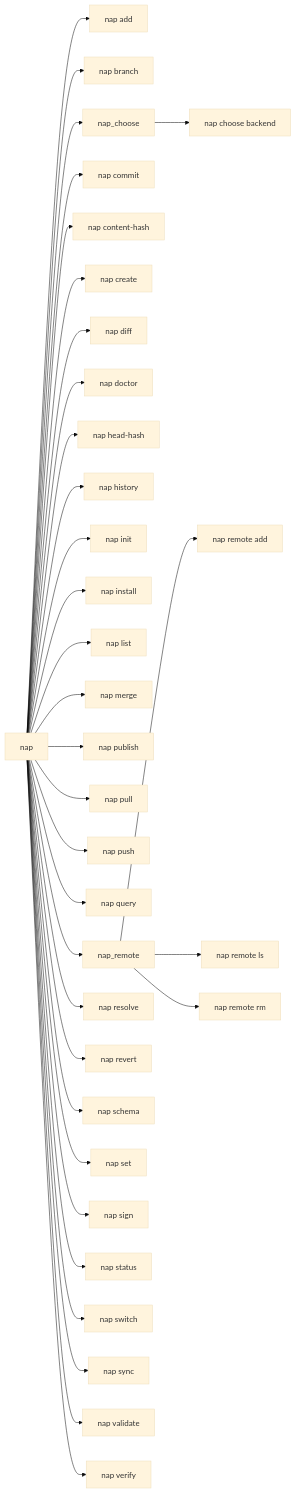
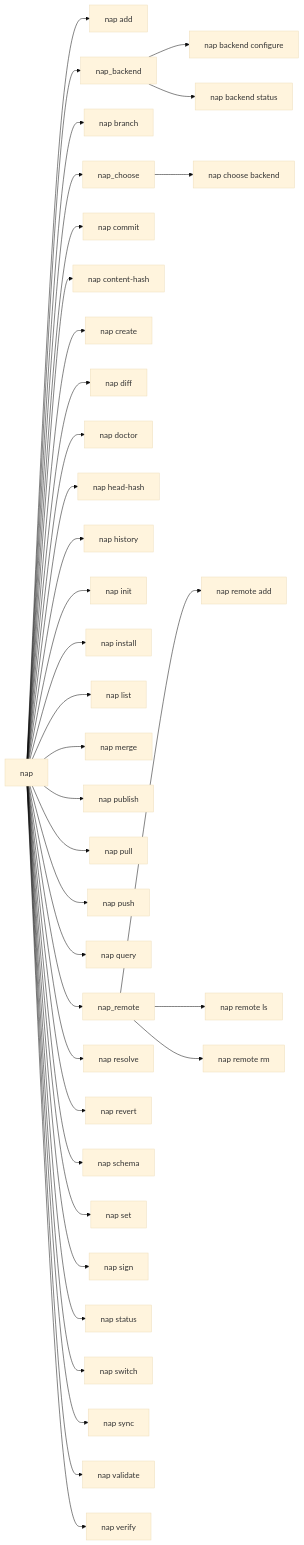
Before and after one commit to portalshq/narrativeengine: the diagram in docs/generated/commands.mermaid, drawn with Mermaid (base theme). The commit also changed 24 other files, not shown here.

Commit message:
Implement optional version-control backend and 'nap backend' configuration

```diff
--- a/docs/generated/commands.mermaid
+++ b/docs/generated/commands.mermaid
@@ -1,34 +1,37 @@
 graph LR
     nap["nap"] --> nap_add["nap add"]
+    nap["nap"] --> nap_backend["nap backend"]
+    nap_backend["nap_backend"] --> nap_backend_configure["nap backend configure"]
+    nap_backend["nap_backend"] --> nap_backend_status["nap backend status"]
     nap["nap"] --> nap_branch["nap branch"]
     nap["nap"] --> nap_choose["nap choose"]
     nap_choose["nap_choose"] --> nap_choose_backend["nap choose backend"]
     nap["nap"] --> nap_commit["nap commit"]
     nap["nap"] --> nap_content-hash["nap content-hash"]
     nap["nap"] --> nap_create["nap create"]
     nap["nap"] --> nap_diff["nap diff"]
     nap["nap"] --> nap_doctor["nap doctor"]
     nap["nap"] --> nap_head-hash["nap head-hash"]
     nap["nap"] --> nap_history["nap history"]
     nap["nap"] --> nap_init["nap init"]
     nap["nap"] --> nap_install["nap install"]
     nap["nap"] --> nap_list["nap list"]
     nap["nap"] --> nap_merge["nap merge"]
     nap["nap"] --> nap_publish["nap publish"]
     nap["nap"] --> nap_pull["nap pull"]
     nap["nap"] --> nap_push["nap push"]
     nap["nap"] --> nap_query["nap query"]
     nap["nap"] --> nap_remote["nap remote"]
     nap_remote["nap_remote"] --> nap_remote_add["nap remote add"]
     nap_remote["nap_remote"] --> nap_remote_ls["nap remote ls"]
     nap_remote["nap_remote"] --> nap_remote_rm["nap remote rm"]
     nap["nap"] --> nap_resolve["nap resolve"]
     nap["nap"] --> nap_revert["nap revert"]
     nap["nap"] --> nap_schema["nap schema"]
     nap["nap"] --> nap_set["nap set"]
     nap["nap"] --> nap_sign["nap sign"]
     nap["nap"] --> nap_status["nap status"]
     nap["nap"] --> nap_switch["nap switch"]
     nap["nap"] --> nap_sync["nap sync"]
     nap["nap"] --> nap_validate["nap validate"]
     nap["nap"] --> nap_verify["nap verify"]
```
